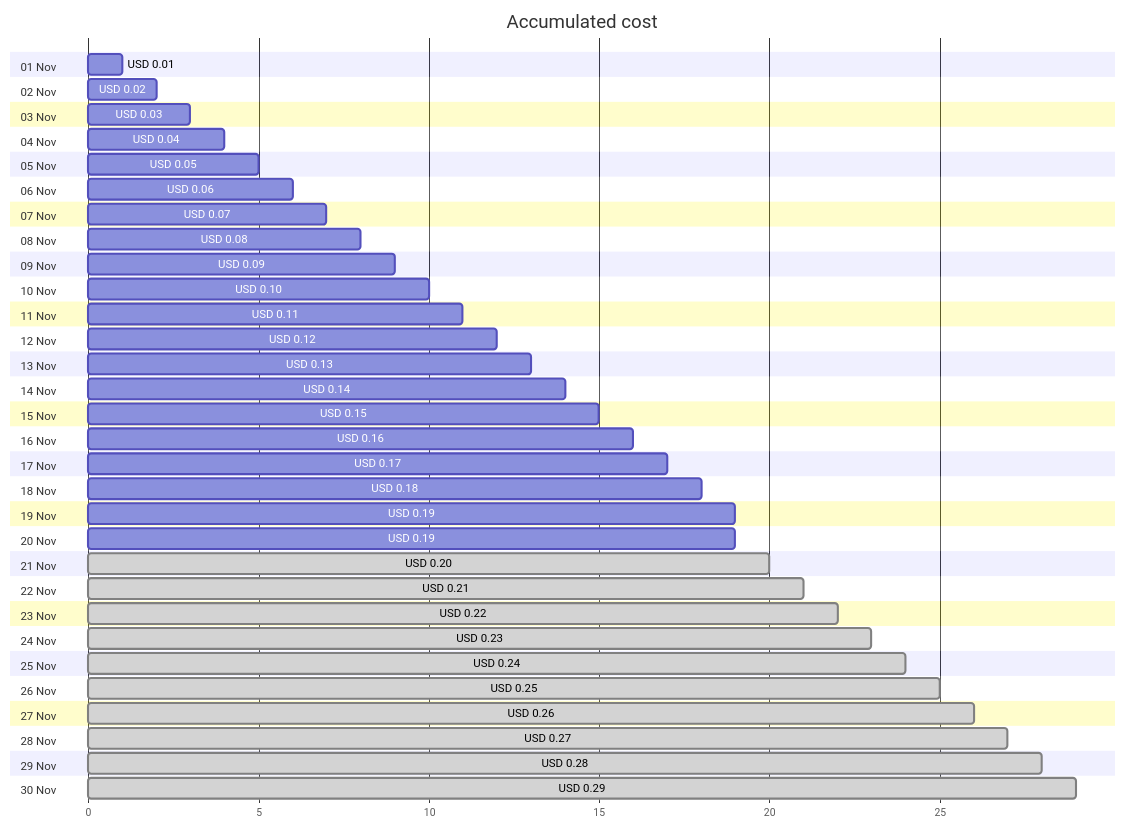
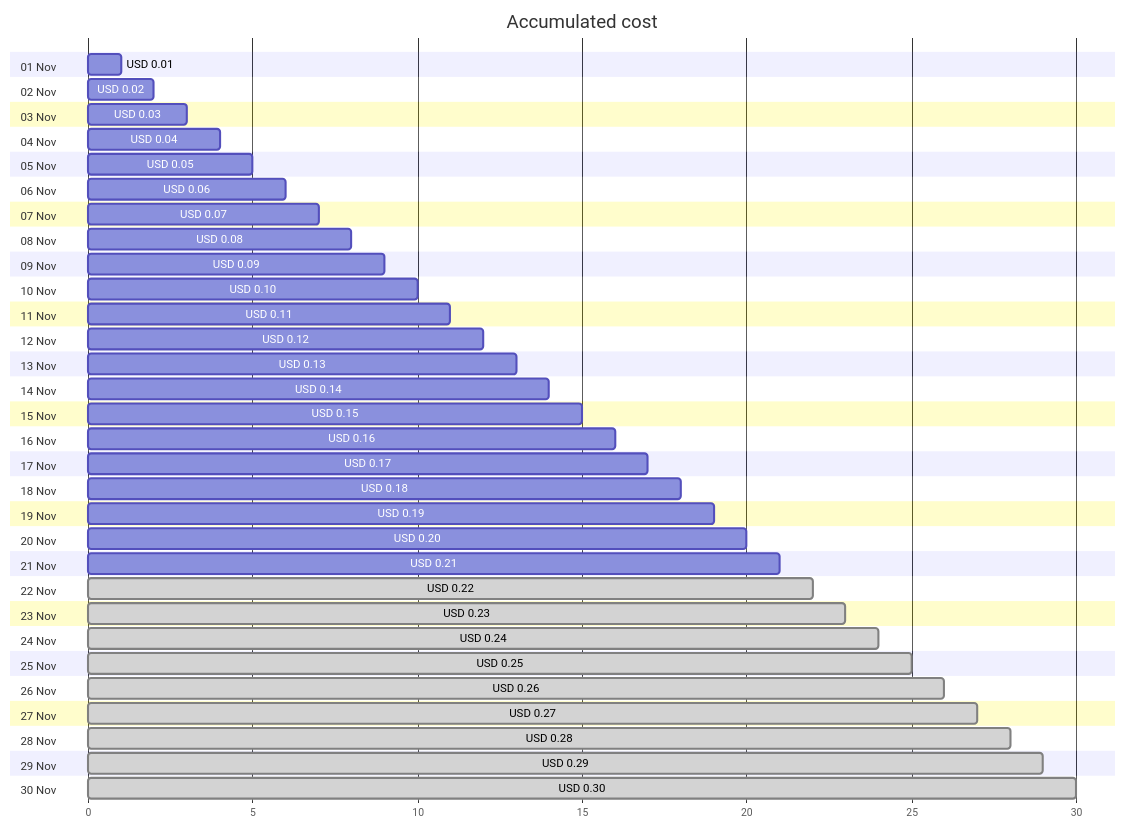
One commit to jpfulton/azure-personal-reports changed the first of 4 diagrams in cost-reports/cloud-shell-storage-eastus/README.md. Above: the diagram before and after it, drawn with Mermaid. The commit also changed other lines of this file and 1 other file, not shown here.

````diff
--- a/cost-reports/cloud-shell-storage-eastus/README.md
+++ b/cost-reports/cloud-shell-storage-eastus/README.md
@@ -20,66 +20,66 @@
 ```mermaid
 gantt
    title Accumulated cost
    dateFormat  X
    axisFormat %s
    section 01 Nov
    USD 0.01 :0, 1
    section 02 Nov
    USD 0.02 :0, 2
    section 03 Nov
    USD 0.03 :0, 3
    section 04 Nov
    USD 0.04 :0, 4
    section 05 Nov
    USD 0.05 :0, 5
    section 06 Nov
    USD 0.06 :0, 6
    section 07 Nov
    USD 0.07 :0, 7
    section 08 Nov
    USD 0.08 :0, 8
    section 09 Nov
    USD 0.09 :0, 9
    section 10 Nov
    USD 0.10 :0, 10
    section 11 Nov
    USD 0.11 :0, 11
    section 12 Nov
    USD 0.12 :0, 12
    section 13 Nov
    USD 0.13 :0, 13
    section 14 Nov
    USD 0.14 :0, 14
    section 15 Nov
    USD 0.15 :0, 15
    section 16 Nov
    USD 0.16 :0, 16
    section 17 Nov
    USD 0.17 :0, 17
    section 18 Nov
    USD 0.18 :0, 18
    section 19 Nov
    USD 0.19 :0, 19
    section 20 Nov
-   USD 0.19 :0, 19
+   USD 0.20 :0, 20
    section 21 Nov
-   USD 0.20 : done, 0, 20
+   USD 0.21 :0, 21
    section 22 Nov
-   USD 0.21 : done, 0, 21
+   USD 0.22 : done, 0, 22
    section 23 Nov
-   USD 0.22 : done, 0, 22
+   USD 0.23 : done, 0, 23
    section 24 Nov
-   USD 0.23 : done, 0, 23
+   USD 0.24 : done, 0, 24
    section 25 Nov
-   USD 0.24 : done, 0, 24
+   USD 0.25 : done, 0, 25
    section 26 Nov
-   USD 0.25 : done, 0, 25
+   USD 0.26 : done, 0, 26
    section 27 Nov
-   USD 0.26 : done, 0, 26
+   USD 0.27 : done, 0, 27
    section 28 Nov
-   USD 0.27 : done, 0, 27
+   USD 0.28 : done, 0, 28
    section 29 Nov
-   USD 0.28 : done, 0, 28
+   USD 0.29 : done, 0, 29
    section 30 Nov
-   USD 0.29 : done, 0, 29
+   USD 0.30 : done, 0, 30
 ```
````
